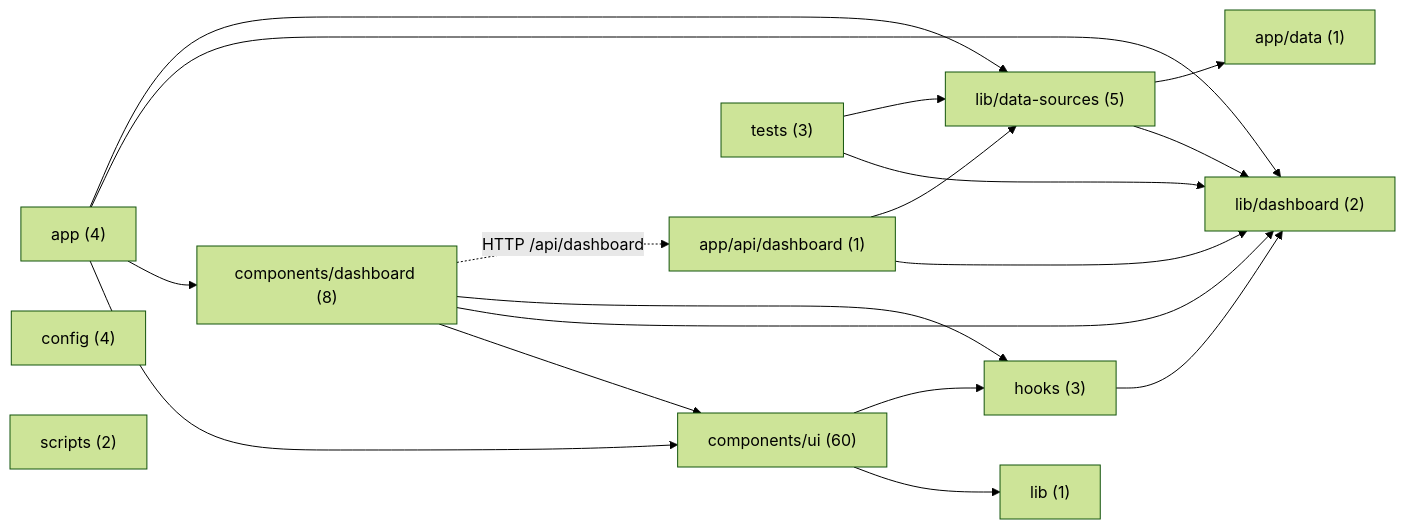
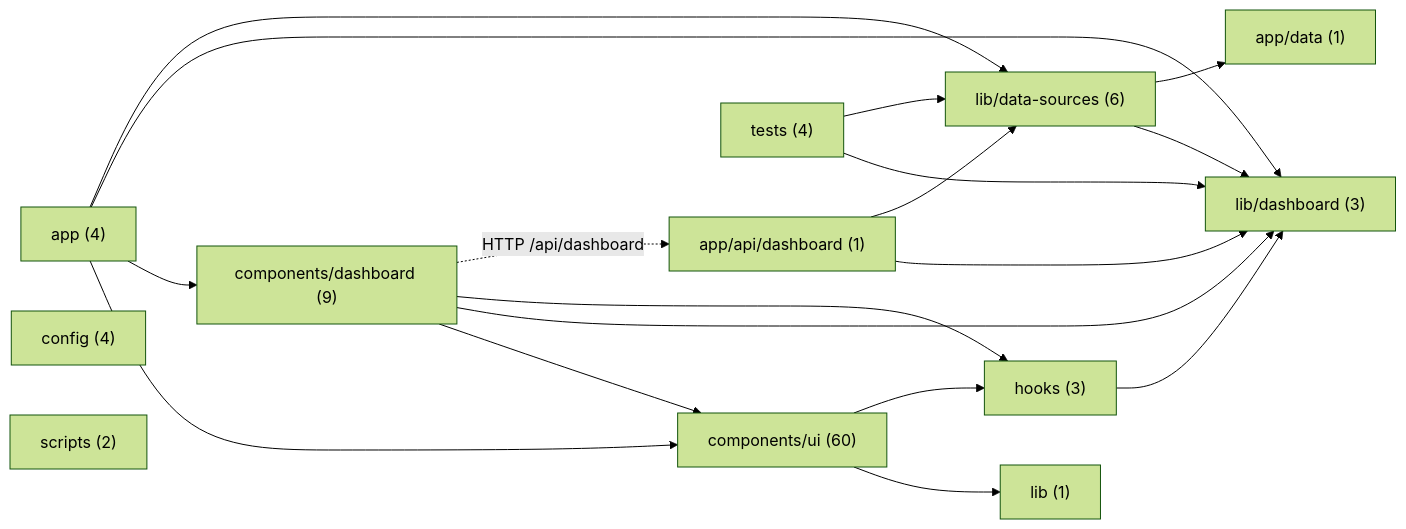
One commit to Danberl4k3/Dashboard changed the diagram in docs/PROJECT_MAP.md. Above: the diagram before and after it, drawn with Mermaid (forest theme). The commit also changed other lines of this file and 13 other files, not shown here.

````diff
--- a/docs/PROJECT_MAP.md
+++ b/docs/PROJECT_MAP.md
@@ -1,32 +1,32 @@
 ```mermaid
 graph LR
   g0["app (4)"]
   g1["app/api/dashboard (1)"]
   g2["app/data (1)"]
-  g3["components/dashboard (8)"]
+  g3["components/dashboard (9)"]
   g4["components/ui (60)"]
   g5["config (4)"]
   g6["hooks (3)"]
   g7["lib (1)"]
-  g8["lib/dashboard (2)"]
-  g9["lib/data-sources (5)"]
+  g8["lib/dashboard (3)"]
+  g9["lib/data-sources (6)"]
   g10["scripts (2)"]
-  g11["tests (3)"]
+  g11["tests (4)"]
   g1 --> g8
   g1 --> g9
   g0 --> g4
   g0 --> g3
   g0 --> g8
   g0 --> g9
   g3 --> g4
   g3 --> g8
   g3 --> g6
   g3 -.->|"HTTP /api/dashboard"| g1
   g4 --> g7
   g4 --> g6
   g6 --> g8
   g9 --> g8
   g9 --> g2
   g11 --> g8
   g11 --> g9
 ```
````
